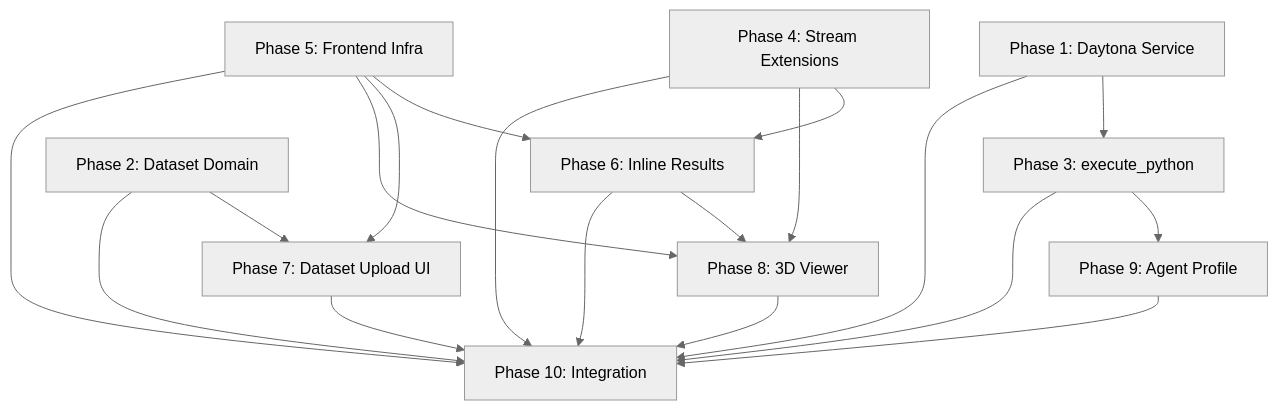
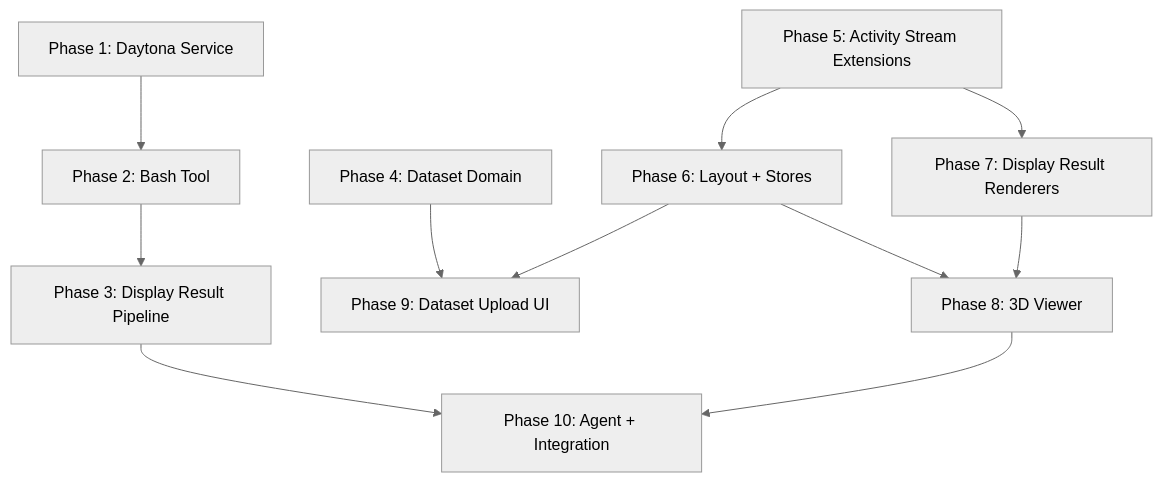
The diagram in .meridian/work/biomedical-mvp/plan/status.md (haowjy/meridian-flow), drawn with Mermaid (neutral theme) before and after one commit. The commit also changed other lines of this file and 17 other files, not shown here.

First line of the commit message:
Update implementation plan for revised architecture

````diff
--- a/.meridian/work/biomedical-mvp/plan/status.md
+++ b/.meridian/work/biomedical-mvp/plan/status.md
@@ -15,13 +14,12 @@
 ```mermaid
 flowchart TD
-    P1["Phase 1: Daytona Service"] --> P3["Phase 3: execute_python"]
-    P2["Phase 2: Dataset Domain"] --> P7["Phase 7: Dataset Upload UI"]
-    P3 --> P9["Phase 9: Agent Profile"]
-    P4["Phase 4: Stream Extensions"] --> P6["Phase 6: Inline Results"]
-    P5["Phase 5: Frontend Infra"] --> P6
-    P5 --> P7
-    P5 --> P8["Phase 8: 3D Viewer"]
-    P6 --> P8
-    P4 --> P8
-    P1 & P2 & P3 & P4 & P5 & P6 & P7 & P8 & P9 --> P10["Phase 10: Integration"]
+    P1["Phase 1: Daytona Service"] --> P2["Phase 2: Bash Tool"]
+    P2 --> P3["Phase 3: Display Result Pipeline"]
+    P4["Phase 4: Dataset Domain"] --> P9["Phase 9: Dataset Upload UI"]
+    P5["Phase 5: Activity Stream Extensions"] --> P6["Phase 6: Layout + Stores"]
+    P5 --> P7["Phase 7: Display Result Renderers"]
+    P6 --> P8["Phase 8: 3D Viewer"]
+    P7 --> P8
+    P6 --> P9
+    P3 & P8 --> P10["Phase 10: Agent + Integration"]
 ```
````
